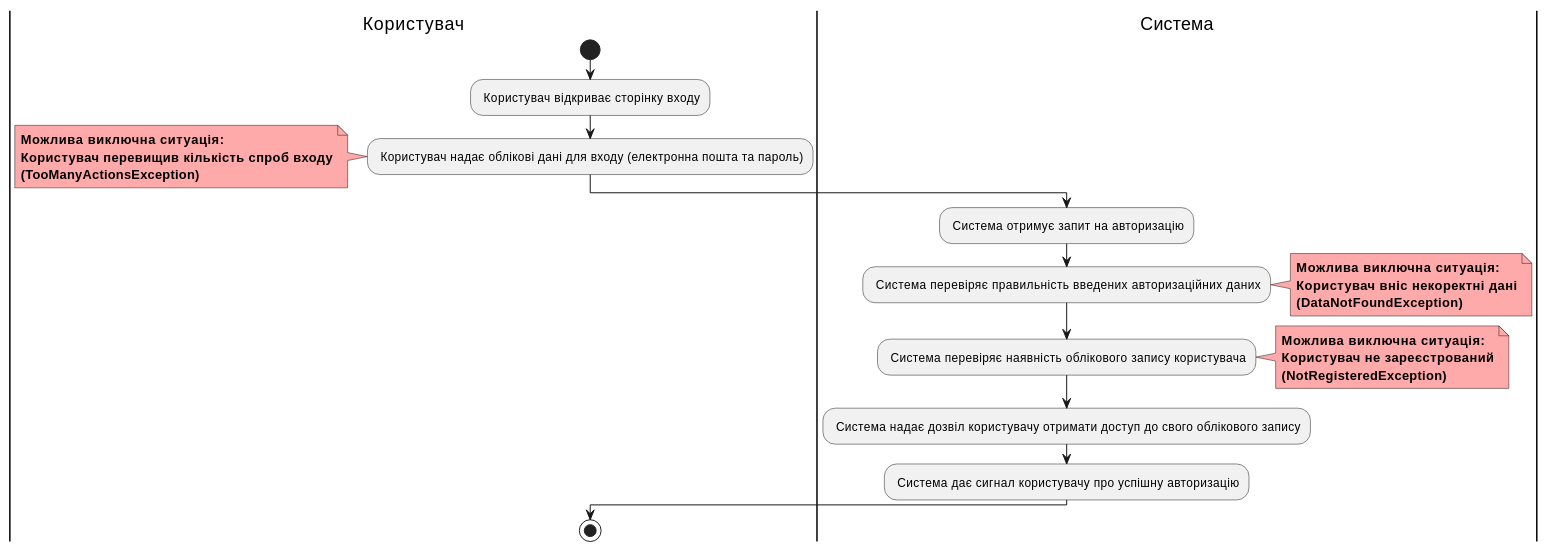
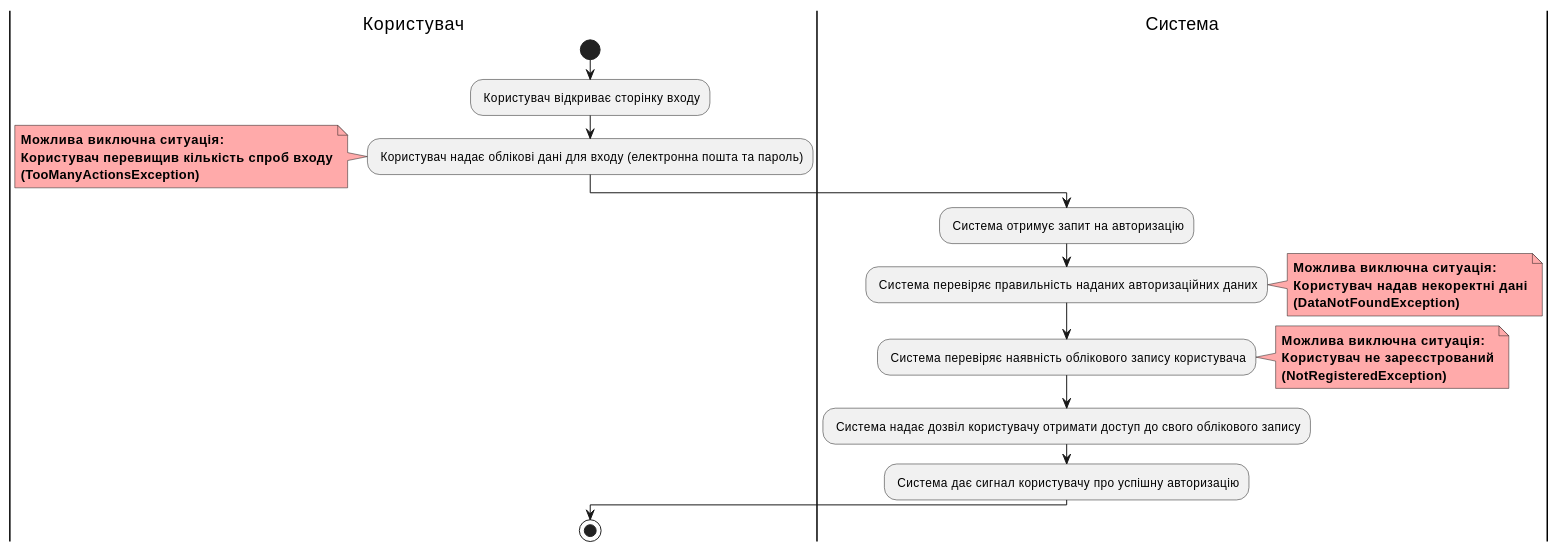
Before and after one commit to semenyaka08/media-content-api: the sixth of 12 diagrams in docs/use cases/README.md, drawn with PlantUML. The commit also changed other lines of this file, not shown here.

Commit message:
Update unregistered user diagrams

```diff
--- a/docs/use cases/README.md
+++ b/docs/use cases/README.md
@@ -219,33 +219,33 @@
 @startuml
   
 |Користувач| 
 start
 : Користувач відкриває сторінку входу;
 : Користувач надає облікові дані для входу (електронна пошта та пароль);
 note left #ffaaaa
     <b>Можлива виключна ситуація:</b>
     <b>Користувач перевищив кількість спроб входу</b>
     <b>(TooManyActionsException)</b>
 end note
 
 |Система|
 : Система отримує запит на авторизацію;
-: Система перевіряє правильність введених авторизаційних даних;
+: Система перевіряє правильність наданих авторизаційних даних;
 note right #ffaaaa
     <b>Можлива виключна ситуація:</b>
-    <b>Користувач вніс некоректні дані</b>
+    <b>Користувач надав некоректні дані</b>
     <b>(DataNotFoundException)</b>
 end note
 : Система перевіряє наявність облікового запису користувача;
 note right #ffaaaa
     <b>Можлива виключна ситуація:</b>
     <b>Користувач не зареєстрований</b>
     <b>(NotRegisteredException)</b>
 end note
 : Система надає дозвіл користувачу отримати доступ до свого облікового запису;
 : Система дає сигнал користувачу про успішну авторизацію;
 
 |Користувач| 
 stop
 
 @enduml
```
